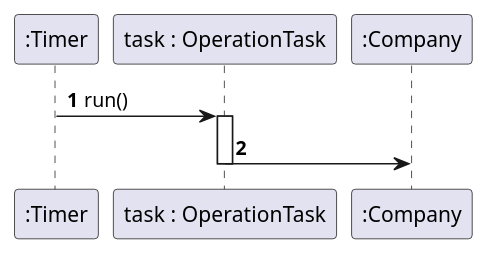
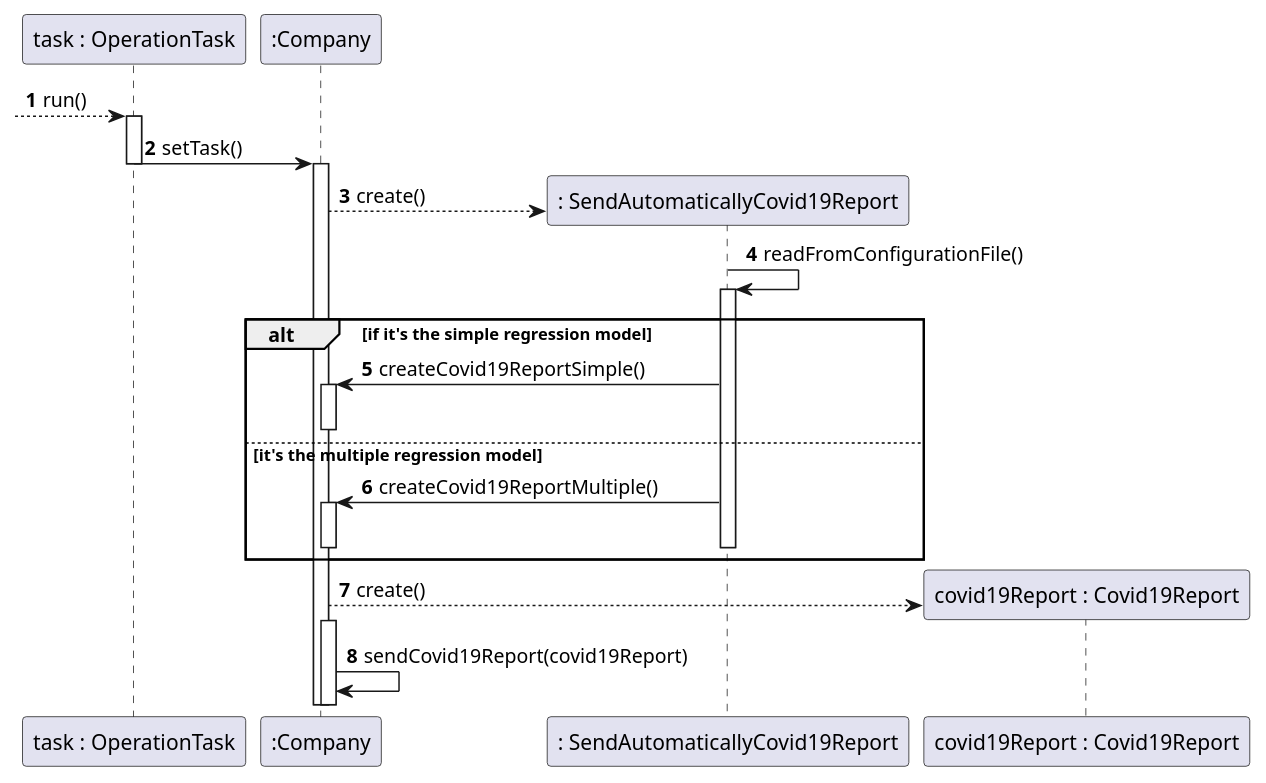
Before and after one commit to manu-07-ela/LAPR2_ISEP: the diagram in docs/SprintD/US19/SD_Run.puml, drawn with PlantUML. The commit also changed 7 other files, not shown here.

```diff
--- a/docs/SprintD/US19/SD_Run.puml
+++ b/docs/SprintD/US19/SD_Run.puml
@@ -1,16 +1,40 @@
 @startuml
 'https://plantuml.com/sequence-diagram
 
 autonumber
 
-participant ":Timer" as Timer
 participant "task : OperationTask" as Task
 participant ":Company" as Comp
 
 
-Timer -> Task : run()
+--> Task : run()
 activate Task
-Task -> Comp :
+
+Task -> Comp : setTask()
+deactivate Task
+activate Comp
+Comp --> ": SendAutomaticallyCovid19Report"** : create()
+
+
+": SendAutomaticallyCovid19Report"->": SendAutomaticallyCovid19Report" : readFromConfigurationFile()
+activate ": SendAutomaticallyCovid19Report"
+alt if it's the simple regression model
+": SendAutomaticallyCovid19Report"->Comp : createCovid19ReportSimple()
+activate Comp
+deactivate Comp
+else it's the multiple regression model
+": SendAutomaticallyCovid19Report"->Comp : createCovid19ReportMultiple()
+activate Comp
+deactivate Comp
+deactivate ": SendAutomaticallyCovid19Report"
+end
+
+
+Comp-->"covid19Report : Covid19Report"** : create()
+activate Comp
+deactivate Comp
+Comp->Comp : sendCovid19Report(covid19Report)
+
 deactivate Task
 
 @enduml
```
